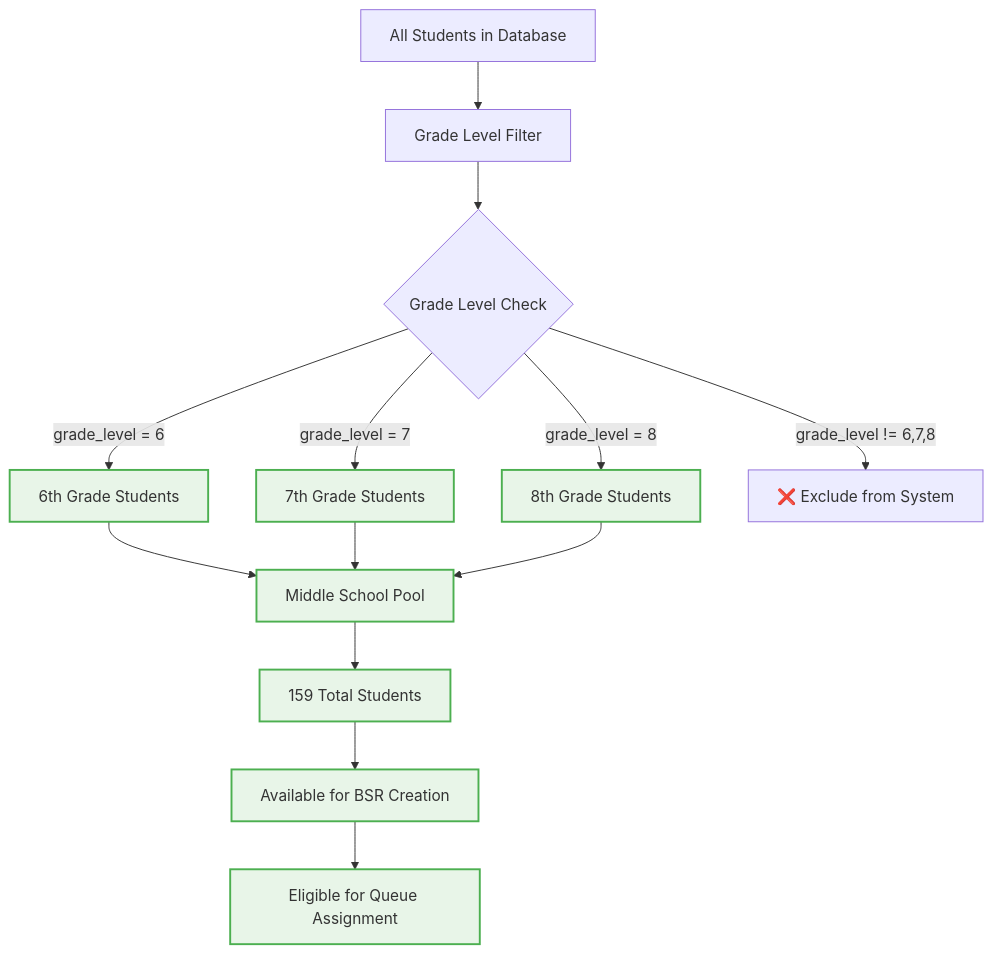
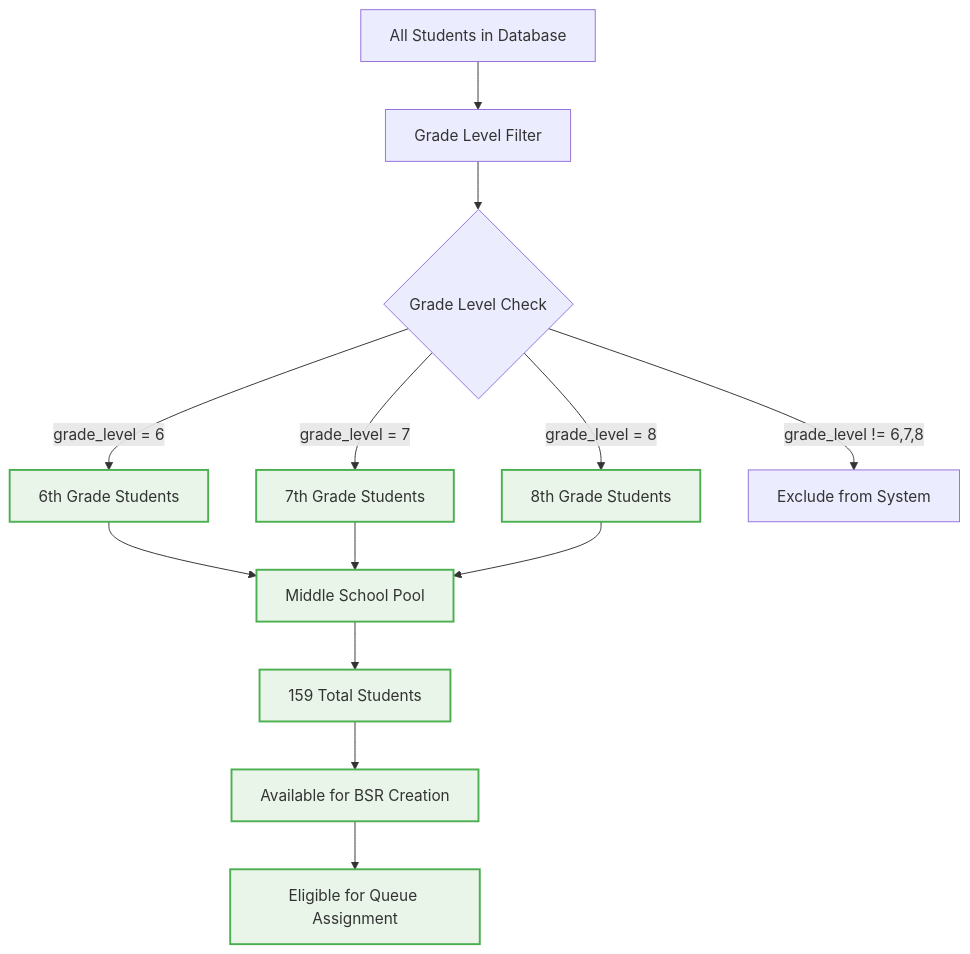
One commit to Splurfa/bx-os changed the first of 6 diagrams in Docs/Flowcharts/Sprint-02-Targets/08-middle-school-filtering.md. Above: the diagram before and after it, drawn with Mermaid. The commit also changed other lines of this file and 12 other files, not shown here.

First line of the commit message:
Fix flowchart syntax and numbering

````diff
--- a/Docs/Flowcharts/Sprint-02-Targets/08-middle-school-filtering.md
+++ b/Docs/Flowcharts/Sprint-02-Targets/08-middle-school-filtering.md
@@ -7,26 +7,26 @@
 ```mermaid
 flowchart TD
     A[All Students in Database] --> B[Grade Level Filter]
     B --> C{Grade Level Check}
     
     C -->|grade_level = 6| D[6th Grade Students]
     C -->|grade_level = 7| E[7th Grade Students]
     C -->|grade_level = 8| F[8th Grade Students]
-    C -->|grade_level != 6,7,8| G[❌ Exclude from System]
+    C -->|grade_level != 6,7,8| G[Exclude from System]
     
     D --> H[Middle School Pool]
     E --> H
     F --> H
     
     H --> I[159 Total Students]
     I --> J[Available for BSR Creation]
     J --> K[Eligible for Queue Assignment]
     
     style D fill:#e8f5e8,stroke:#4caf50,stroke-width:2px
     style E fill:#e8f5e8,stroke:#4caf50,stroke-width:2px
     style F fill:#e8f5e8,stroke:#4caf50,stroke-width:2px
     style H fill:#e8f5e8,stroke:#4caf50,stroke-width:2px
     style I fill:#e8f5e8,stroke:#4caf50,stroke-width:2px
     style J fill:#e8f5e8,stroke:#4caf50,stroke-width:2px
     style K fill:#e8f5e8,stroke:#4caf50,stroke-width:2px
 ```
````
